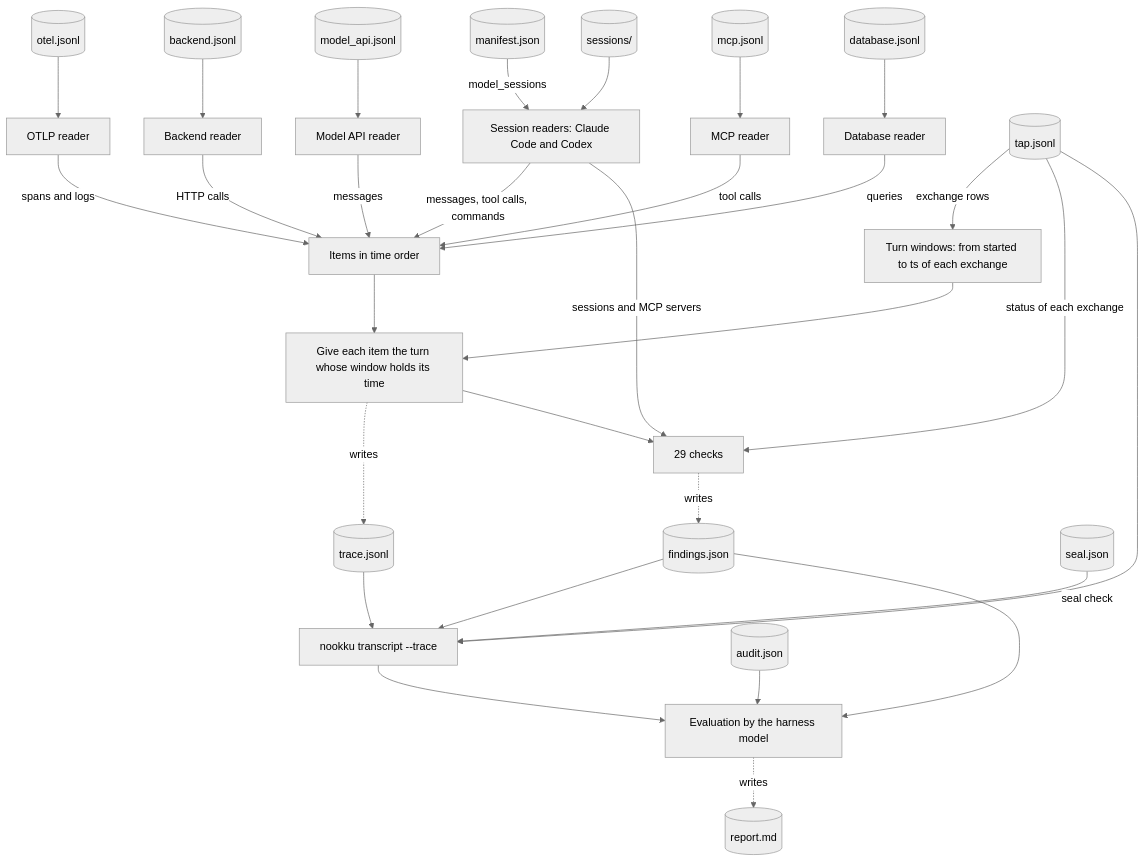
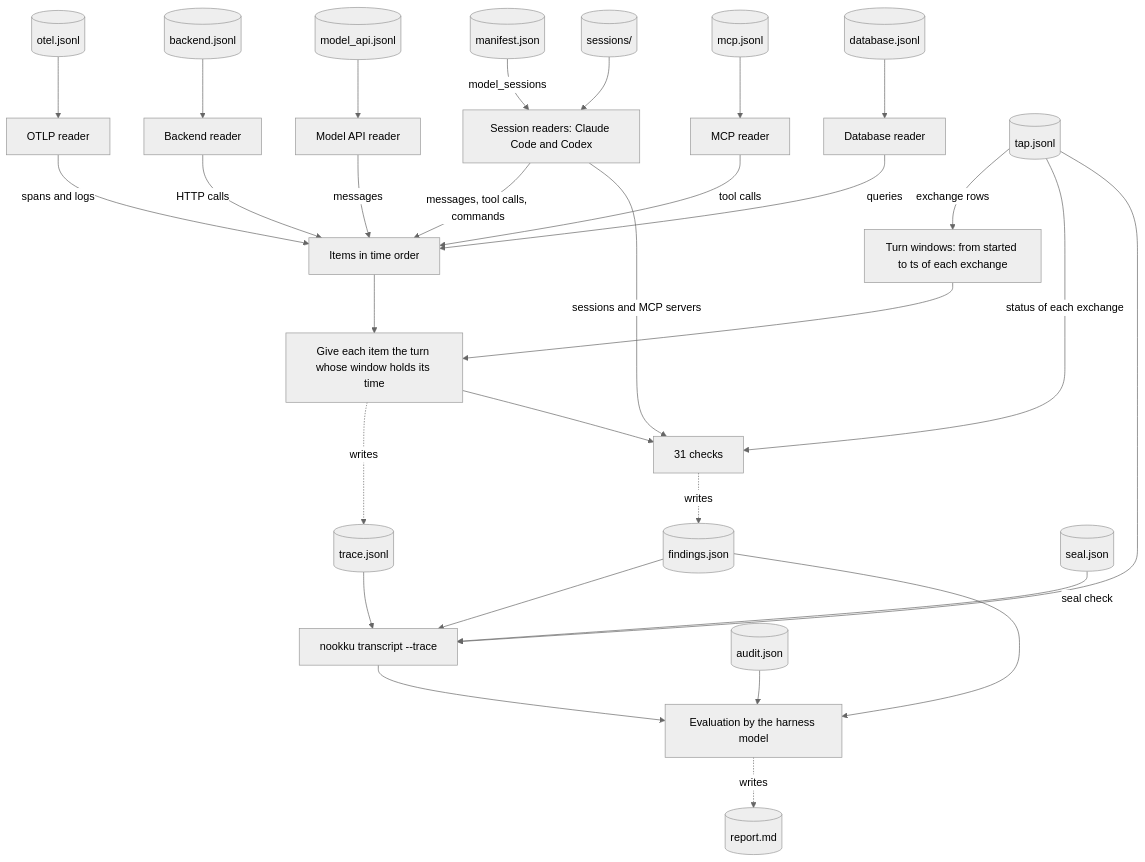
The fourth of 4 diagrams in docs/architecture.md (mohanraj00/nookku), drawn with Mermaid (neutral theme) before and after one commit. The commit also changed other lines of this file and 85 other files, not shown here.

````diff
--- a/docs/architecture.md
+++ b/docs/architecture.md
@@ -213,32 +213,32 @@
 ```mermaid
 flowchart TB
     manifestrec[(manifest.json)] -->|model_sessions| sreaders[Session readers: Claude Code and Codex]
     sessions[(sessions/)] --> sreaders
     otelrec[(otel.jsonl)] --> oreader[OTLP reader]
     backendrec[(backend.jsonl)] --> breader[Backend reader]
     modelrec[(model_api.jsonl)] --> mreader[Model API reader]
     mcprec[(mcp.jsonl)] --> mcpreader[MCP reader]
     dbrec[(database.jsonl)] --> dbreader[Database reader]
     sreaders -->|messages, tool calls, commands| items[Items in time order]
     oreader -->|spans and logs| items
     breader -->|HTTP calls| items
     mreader -->|messages| items
     mcpreader -->|tool calls| items
     dbreader -->|queries| items
     taprec[(tap.jsonl)] -->|exchange rows| windows[Turn windows: from started to ts of each exchange]
     items --> assign[Give each item the turn whose window holds its time]
     windows --> assign
     assign -.->|writes| tracerec[(trace.jsonl)]
-    assign --> checks[29 checks]
+    assign --> checks[31 checks]
     sreaders -->|sessions and MCP servers| checks
     taprec -->|status of each exchange| checks
     checks -.->|writes| findingsrec[(findings.json)]
     taprec --> transcript[nookku transcript --trace]
     tracerec --> transcript
     findingsrec --> transcript
     sealrec[(seal.json)] -->|seal check| transcript
     transcript --> eval[Evaluation by the harness model]
     findingsrec --> eval
     auditrec[(audit.json)] --> eval
     eval -.->|writes| report[(report.md)]
 ```
````
